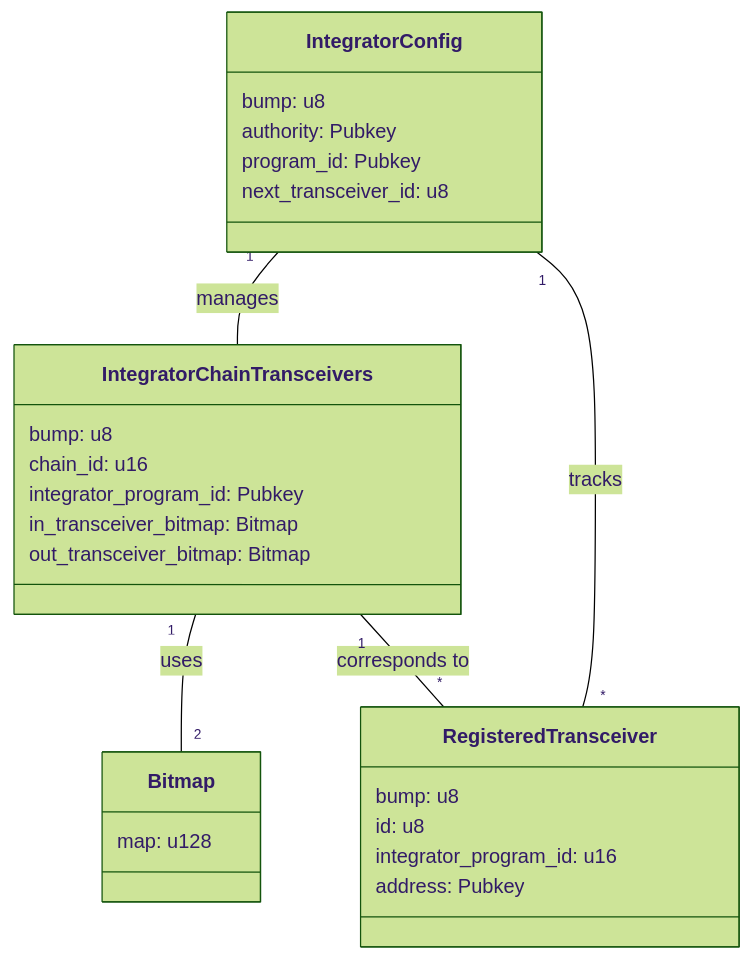
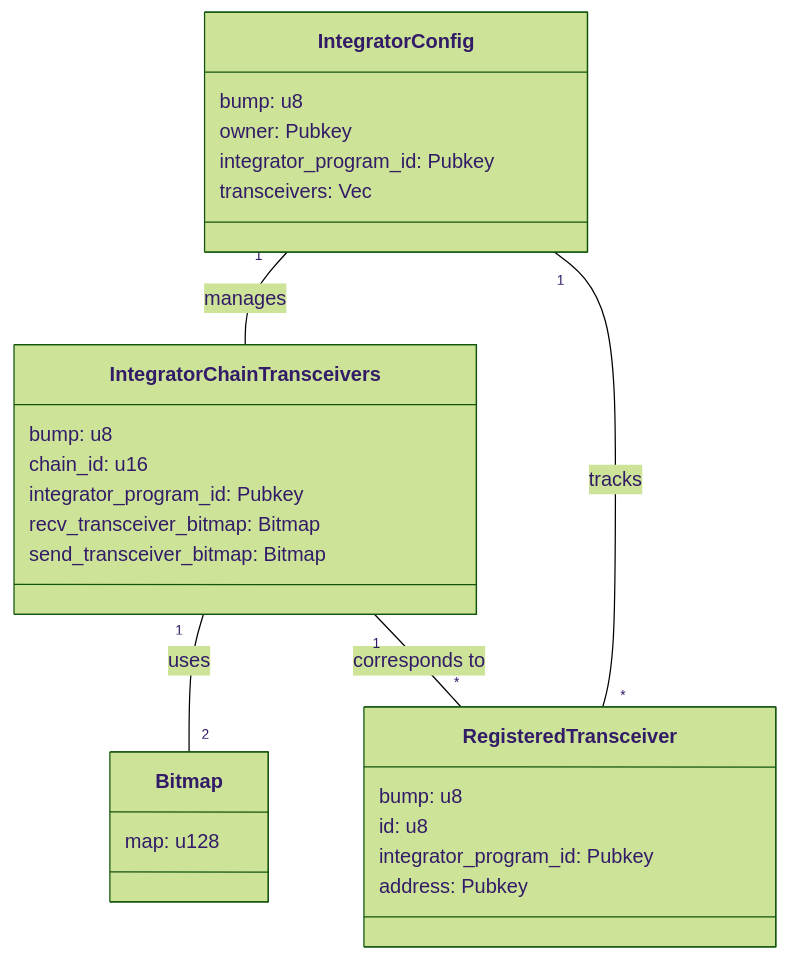
One commit to wormholelabs-xyz/example-messaging-endpoint changed the diagram in svm/programs/router/README.md. Above: the diagram before and after it, drawn with Mermaid (forest theme). The commit also changed other lines of this file and 6 other files, not shown here.

````diff
--- a/svm/programs/router/README.md
+++ b/svm/programs/router/README.md
@@ -5,33 +5,33 @@
 ```mermaid
 classDiagram
     class IntegratorConfig {
         bump: u8
-        authority: Pubkey
-        program_id: Pubkey
-        next_transceiver_id: u8
+        owner: Pubkey
+        integrator_program_id: Pubkey
+        transceivers: Vec<Pubkey>
     }
 
     class IntegratorChainTransceivers {
         bump: u8
         chain_id: u16
         integrator_program_id: Pubkey
-        in_transceiver_bitmap: Bitmap
-        out_transceiver_bitmap: Bitmap
+        recv_transceiver_bitmap: Bitmap
+        send_transceiver_bitmap: Bitmap
     }
 
     class RegisteredTransceiver {
         bump: u8
         id: u8
-        integrator_program_id: u16
+        integrator_program_id: Pubkey
         address: Pubkey
     }
 
     class Bitmap {
         map: u128
     }
 
    IntegratorConfig "1" -- "" IntegratorChainTransceivers : manages
    IntegratorChainTransceivers "1" -- "2" Bitmap : uses
    IntegratorConfig "1" -- "*" RegisteredTransceiver : tracks
    IntegratorChainTransceivers "1" -- "*" RegisteredTransceiver : corresponds to
 ```
````
